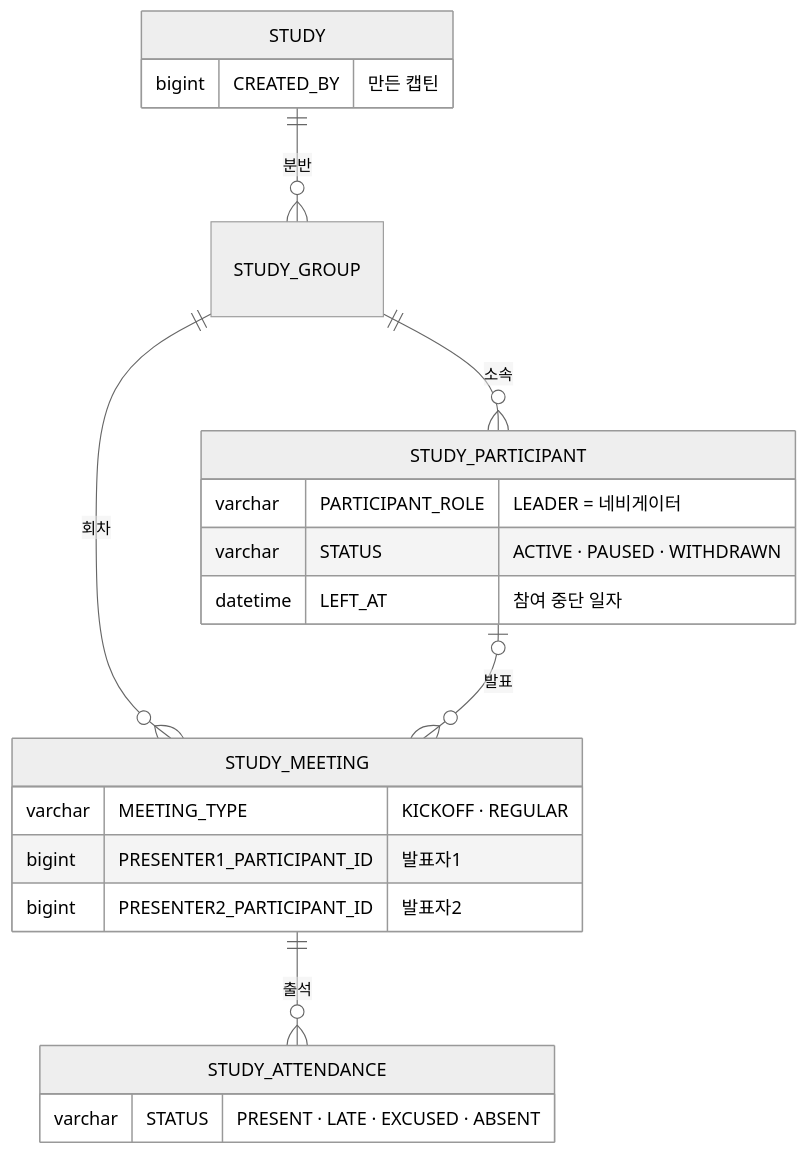
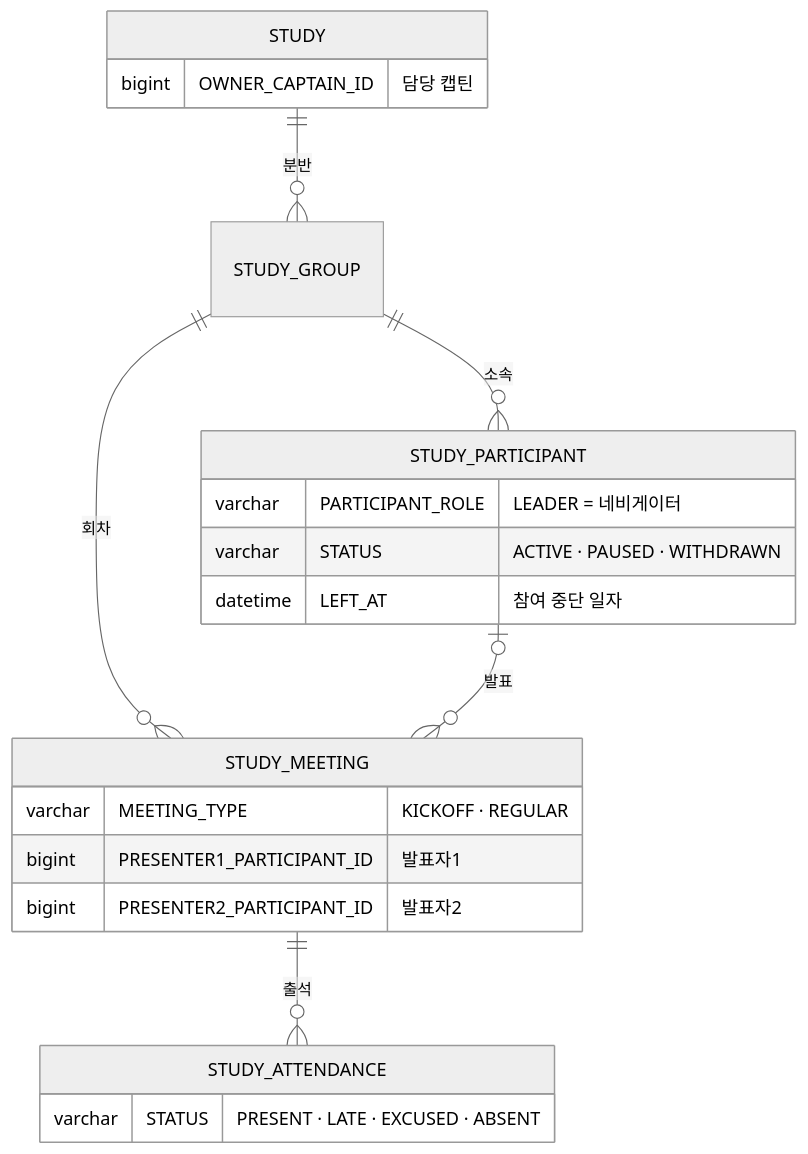
The second of 2 diagrams in 01-planning/stories/crew-view-attendance-record/PRD.md (StudyClub-PlusPlus/studyclub-engineering), drawn with Mermaid (neutral theme) before and after one commit. The commit also changed other lines of this file and 88 other files, not shown here.

First line of the commit message:
feat: 담당 캡틴을 STUDY.OWNER_CAPTAIN_ID 로 따로 두고 백오피스 신청자 탭에서 바꾼다

````diff
--- a/01-planning/stories/crew-view-attendance-record/PRD.md
+++ b/01-planning/stories/crew-view-attendance-record/PRD.md
@@ -123,24 +123,24 @@
 ```mermaid
 erDiagram
   STUDY ||--o{ STUDY_GROUP : "분반"
   STUDY_GROUP ||--o{ STUDY_MEETING : "회차"
   STUDY_GROUP ||--o{ STUDY_PARTICIPANT : "소속"
   STUDY_MEETING ||--o{ STUDY_ATTENDANCE : "출석"
   STUDY_PARTICIPANT |o--o{ STUDY_MEETING : "발표"
   STUDY {
-    bigint CREATED_BY "만든 캡틴"
+    bigint OWNER_CAPTAIN_ID "담당 캡틴"
   }
   STUDY_MEETING {
     varchar MEETING_TYPE "KICKOFF · REGULAR"
     bigint PRESENTER1_PARTICIPANT_ID "발표자1"
     bigint PRESENTER2_PARTICIPANT_ID "발표자2"
   }
   STUDY_PARTICIPANT {
     varchar PARTICIPANT_ROLE "LEADER = 네비게이터"
     varchar STATUS "ACTIVE · PAUSED · WITHDRAWN"
     datetime LEFT_AT "참여 중단 일자"
   }
   STUDY_ATTENDANCE {
     varchar STATUS "PRESENT · LATE · EXCUSED · ABSENT"
   }
 ```
````
